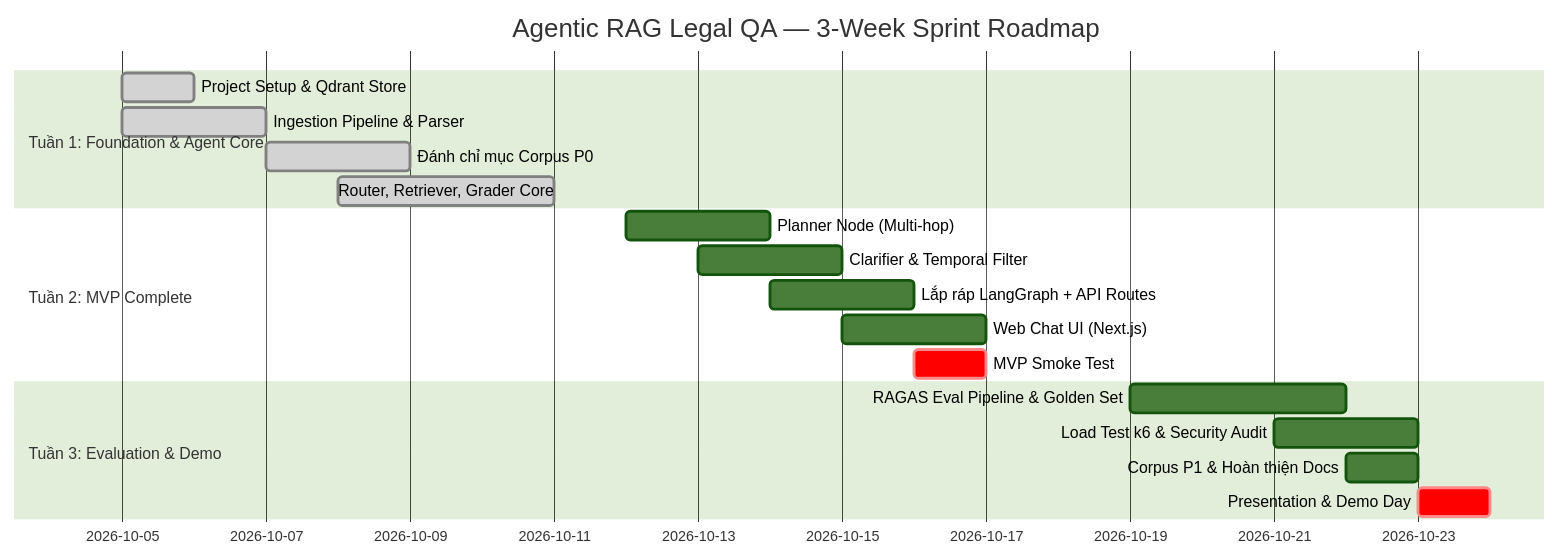
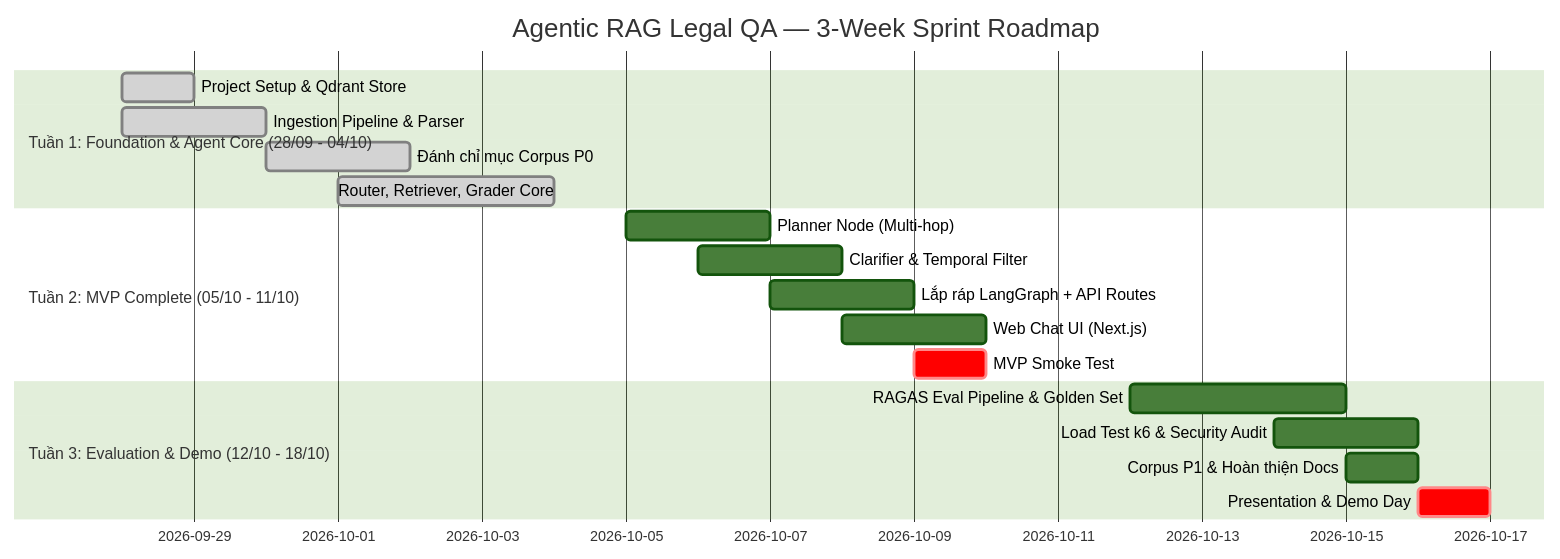
The second of 2 diagrams in README.md (dovh25/agentic-rag-legal-qa-hanoi), drawn with Mermaid (forest theme) before and after one commit. The commit also changed 2 other files, not shown here.

Commit message:
docs: align sprint roadmap timeline start date to 2026-09-28

````diff
--- a/README.md
+++ b/README.md
@@ -217,23 +217,23 @@
 ```mermaid
 gantt
     title Agentic RAG Legal QA — 3-Week Sprint Roadmap
     dateFormat  YYYY-MM-DD
-    section Tuần 1: Foundation & Agent Core
-    Project Setup & Qdrant Store     :done,    w1_1, 2026-10-05, 1d
-    Ingestion Pipeline & Parser      :done,    w1_2, 2026-10-05, 2d
-    Đánh chỉ mục Corpus P0           :done,    w1_3, 2026-10-07, 2d
-    Router, Retriever, Grader Core   :done,    w1_4, 2026-10-08, 3d
+    section Tuần 1: Foundation & Agent Core (28/09 - 04/10)
+    Project Setup & Qdrant Store     :done,    w1_1, 2026-09-28, 1d
+    Ingestion Pipeline & Parser      :done,    w1_2, 2026-09-28, 2d
+    Đánh chỉ mục Corpus P0           :done,    w1_3, 2026-09-30, 2d
+    Router, Retriever, Grader Core   :done,    w1_4, 2026-10-01, 3d
 
-    section Tuần 2: MVP Complete
-    Planner Node (Multi-hop)         :         w2_1, 2026-10-12, 2d
-    Clarifier & Temporal Filter      :         w2_2, 2026-10-13, 2d
-    Lắp ráp LangGraph + API Routes   :         w2_3, 2026-10-14, 2d
-    Web Chat UI (Next.js)            :         w2_4, 2026-10-15, 2d
-    MVP Smoke Test                   :crit,    w2_5, 2026-10-16, 1d
+    section Tuần 2: MVP Complete (05/10 - 11/10)
+    Planner Node (Multi-hop)         :         w2_1, 2026-10-05, 2d
+    Clarifier & Temporal Filter      :         w2_2, 2026-10-06, 2d
+    Lắp ráp LangGraph + API Routes   :         w2_3, 2026-10-07, 2d
+    Web Chat UI (Next.js)            :         w2_4, 2026-10-08, 2d
+    MVP Smoke Test                   :crit,    w2_5, 2026-10-09, 1d
 
-    section Tuần 3: Evaluation & Demo
-    RAGAS Eval Pipeline & Golden Set :         w3_1, 2026-10-19, 3d
-    Load Test k6 & Security Audit    :         w3_2, 2026-10-21, 2d
-    Corpus P1 & Hoàn thiện Docs      :         w3_3, 2026-10-22, 1d
-    Presentation & Demo Day          :crit,    w3_4, 2026-10-23, 1d
+    section Tuần 3: Evaluation & Demo (12/10 - 18/10)
+    RAGAS Eval Pipeline & Golden Set :         w3_1, 2026-10-12, 3d
+    Load Test k6 & Security Audit    :         w3_2, 2026-10-14, 2d
+    Corpus P1 & Hoàn thiện Docs      :         w3_3, 2026-10-15, 1d
+    Presentation & Demo Day          :crit,    w3_4, 2026-10-16, 1d
 ```
````
